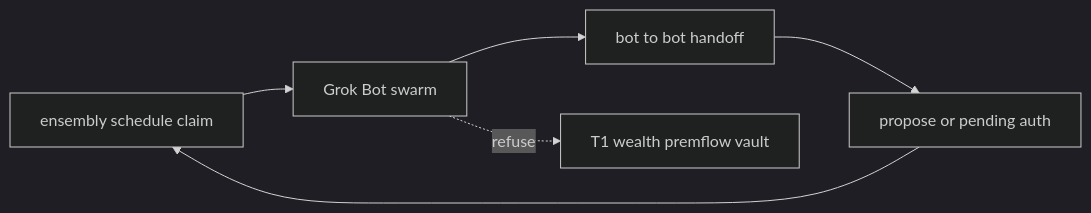
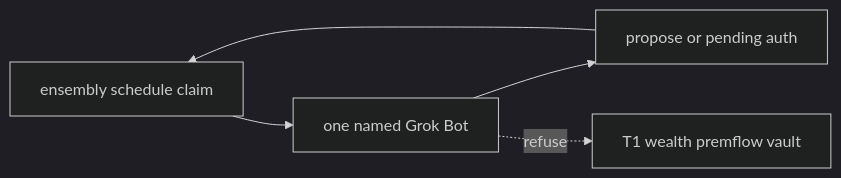
One commit to thecuriousts/ensembly changed the ninth of 11 diagrams in docs/arch-design/hub-constellation.md. Above: the diagram before and after it, drawn with Mermaid (dark theme). The commit also changed other lines of this file and 2 other files, not shown here.

First line of the commit message:
docs: lock hub constellation pain vs build order

````diff
--- a/docs/arch-design/hub-constellation.md
+++ b/docs/arch-design/hub-constellation.md
@@ -382,8 +387,7 @@
 ```mermaid
 flowchart LR
-  Hub[ensembly schedule claim] --> Bots[Grok Bot swarm]
-  Bots --> Hand[bot to bot handoff]
-  Hand --> Prop[propose or pending auth]
+  Hub[ensembly schedule claim] --> Bot[one named Grok Bot]
+  Bot --> Prop[propose or pending auth]
   Prop --> Hub
-  Bots -.->|refuse| SoT[T1 wealth premflow vault]
+  Bot -.->|refuse| SoT[T1 wealth premflow vault]
 ```
````
